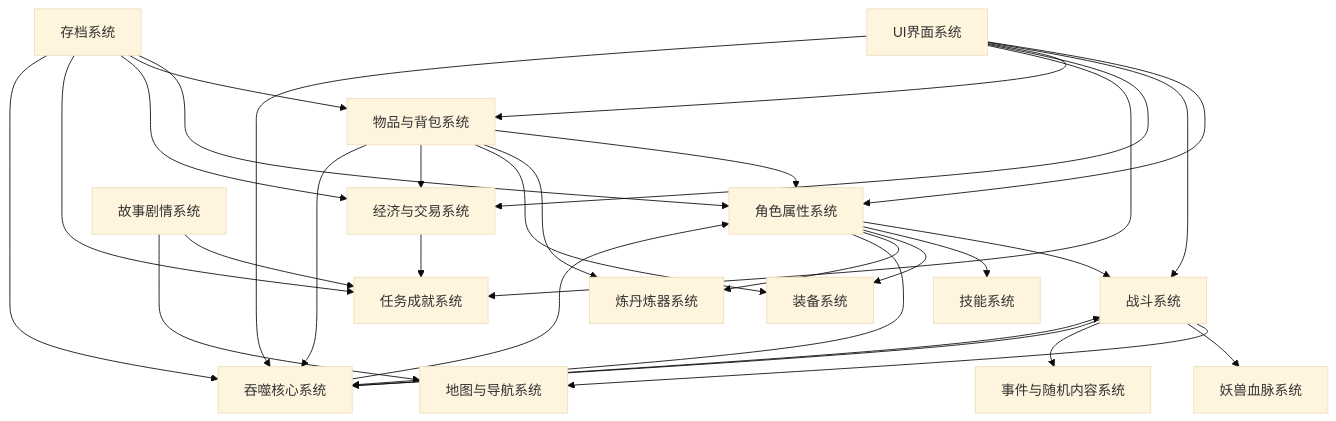
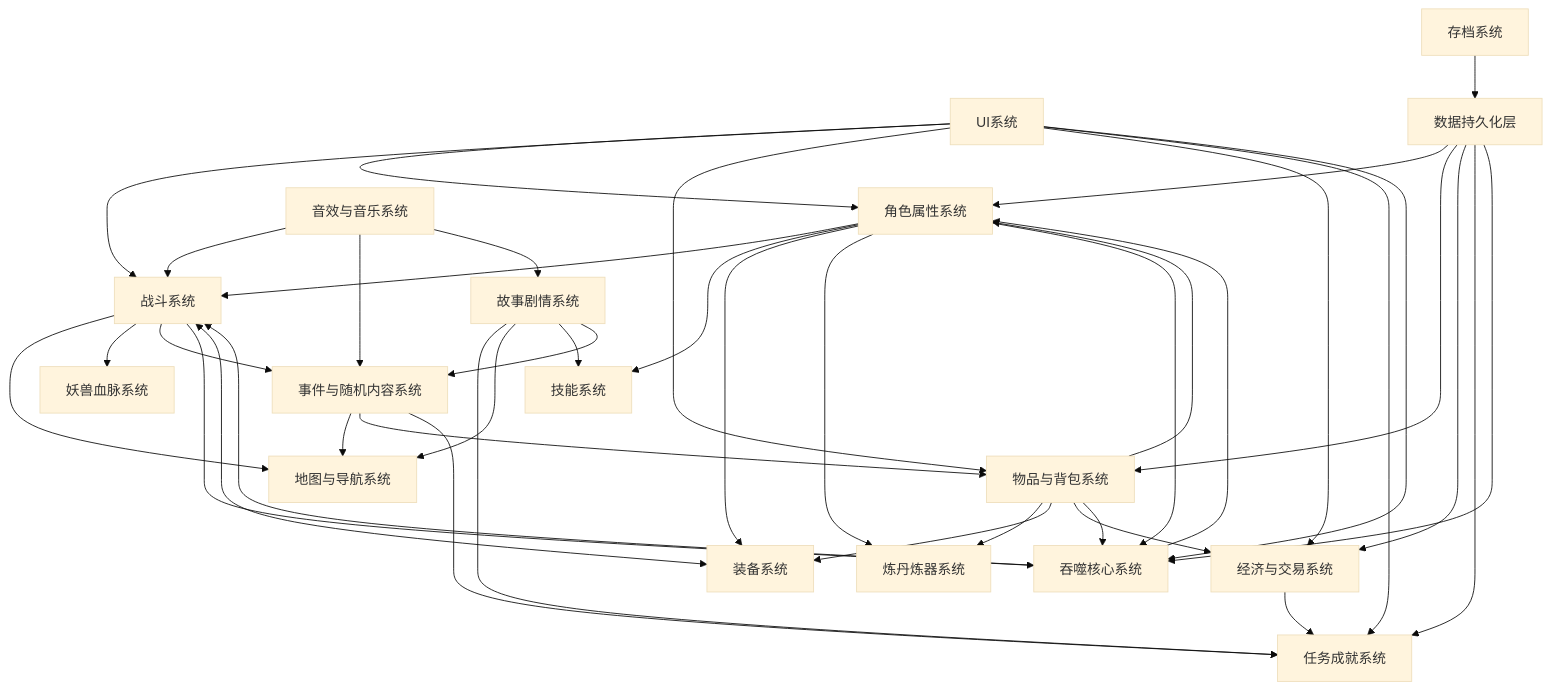
The diagram in xiuxian_demo/docs/业务系统设计/整体系统.md (ideatoideal/co_lab), drawn with Mermaid (base theme) before and after one commit. The commit also changed other lines of this file and 5 other files, not shown here.

````diff
--- a/xiuxian_demo/docs/业务系统设计/整体系统.md
+++ b/xiuxian_demo/docs/业务系统设计/整体系统.md
@@ -58,33 +59,43 @@
 ```mermaid
 graph TD
     A[角色属性系统] --> B[战斗系统]
     A --> C[技能系统]
     A --> D[装备系统]
     A --> E[炼丹炼器系统]
     A --> O[吞噬核心系统]
     B --> F[地图与导航系统]
     B --> G[妖兽血脉系统]
     B --> H[事件与随机内容系统]
     B --> O
+    B <--> D[装备系统]
     I[物品与背包系统] --> A
     I --> E
     I --> D
     I --> J[经济与交易系统]
     I --> O
     J --> K[任务成就系统]
-    L[UI界面系统] --> A
+    L[UI系统] --> A
     L --> B
     L --> I
     L --> J
     L --> K
     L --> O
     M[故事剧情系统] --> K
     M --> F
-    N[存档系统] --> A
-    N --> I
-    N --> J
-    N --> K
-    N --> O
+    M --> C[技能系统]
+    M --> H[事件与随机内容系统]
+    N[存档系统] --> P[数据持久化层]
+    P --> A
+    P --> I
+    P --> J
+    P --> K
+    P --> O
+    H[事件与随机内容系统] --> F[地图与导航系统]
+    H --> I[物品与背包系统]
+    H --> K[任务成就系统]
+    Q[音效与音乐系统] --> B
+    Q --> H
+    Q --> M
     O --> A
     O --> B
 ```
````
